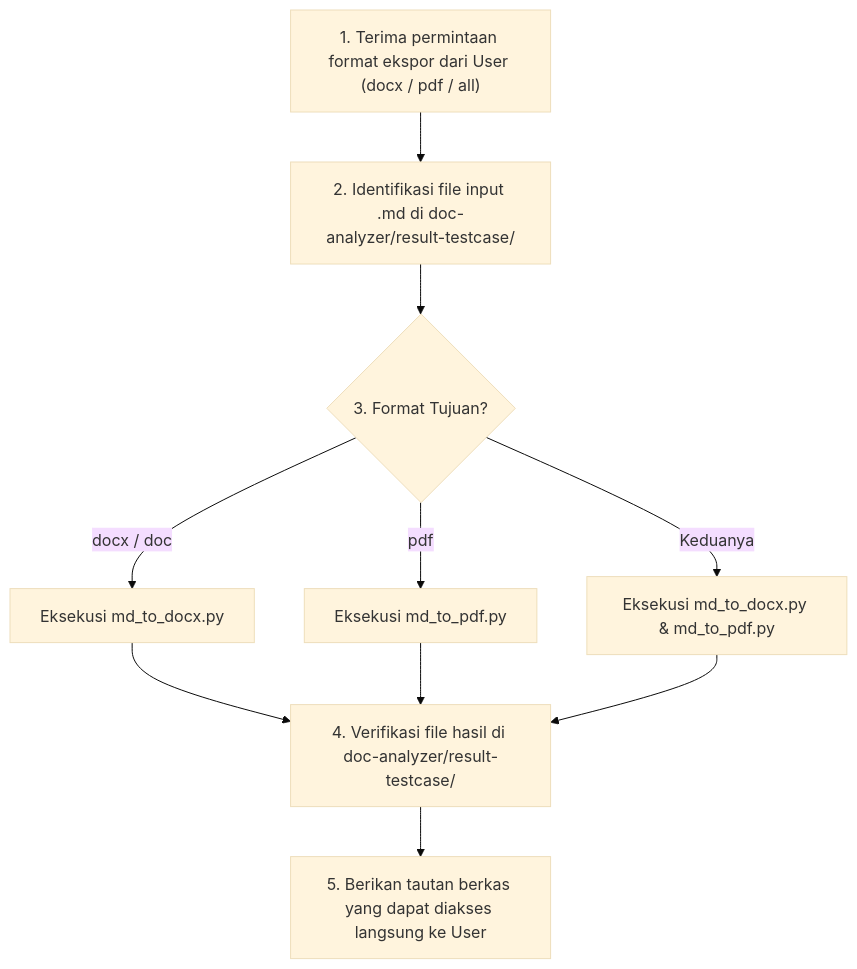
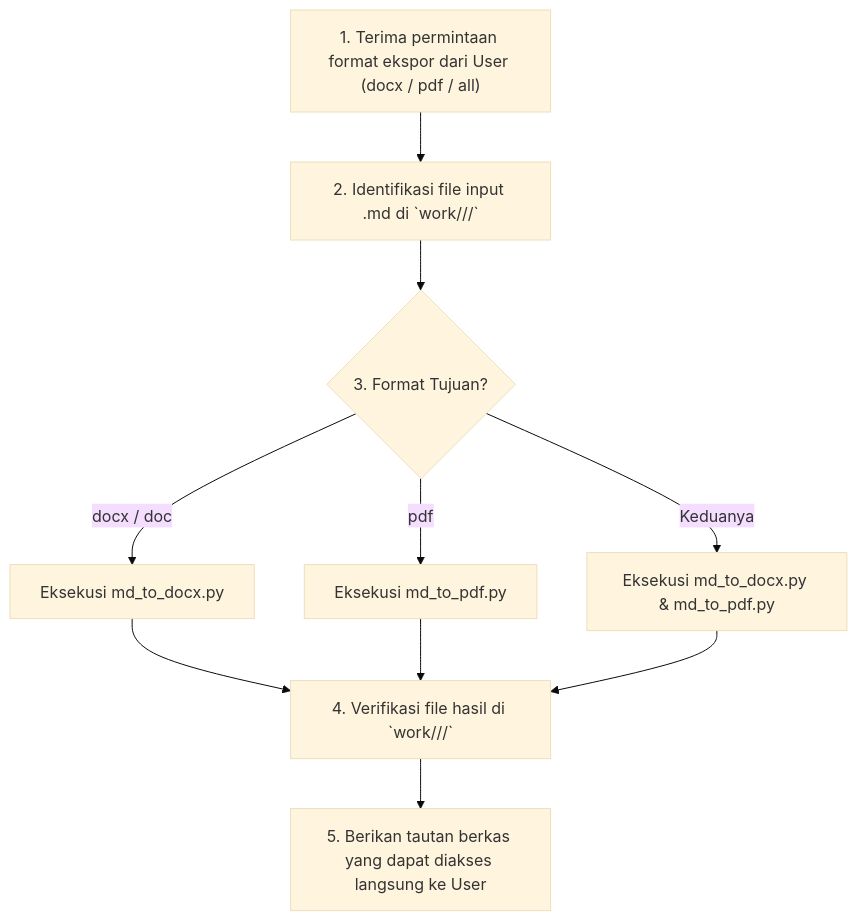
One commit to fadlyady/prdanalyzer changed the diagram in .agents/skills/convert-document/SKILL.md. Above: the diagram before and after it, drawn with Mermaid (base theme). The commit also changed other lines of this file and 21 other files, not shown here.

````diff
--- a/.agents/skills/convert-document/SKILL.md
+++ b/.agents/skills/convert-document/SKILL.md
@@ -80,12 +88,12 @@
 ```mermaid
 graph TD
-    A["1. Terima permintaan format ekspor dari User (docx / pdf / all)"] --> B["2. Identifikasi file input .md di doc-analyzer/result-testcase/"]
+    A["1. Terima permintaan format ekspor dari User (docx / pdf / all)"] --> B["2. Identifikasi file input .md di `work/<ALIAS>/<fitur>/`"]
     B --> C{"3. Format Tujuan?"}
     C -- "docx / doc" --> D["Eksekusi md_to_docx.py"]
     C -- "pdf" --> E["Eksekusi md_to_pdf.py"]
     C -- "Keduanya" --> F["Eksekusi md_to_docx.py & md_to_pdf.py"]
-    D --> G["4. Verifikasi file hasil di doc-analyzer/result-testcase/"]
+    D --> G["4. Verifikasi file hasil di `work/<ALIAS>/<fitur>/`"]
     E --> G
     F --> G
     G --> H["5. Berikan tautan berkas yang dapat diakses langsung ke User"]
 ```
````
